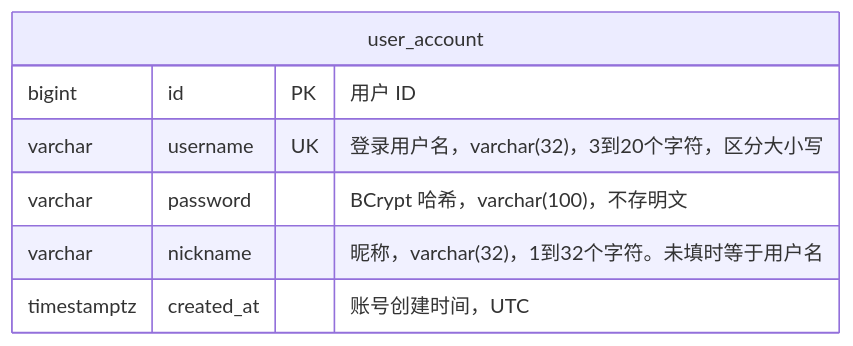
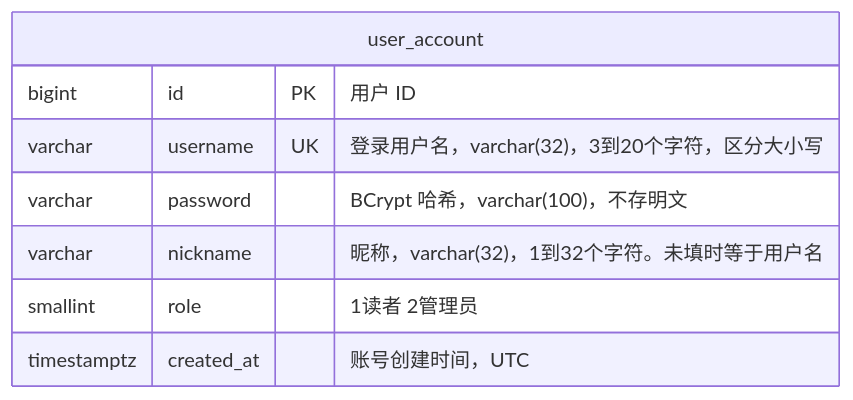
One commit to ChenWeida1/bookmall changed the first of 5 diagrams in docs/数据库设置.md. Above: the diagram before and after it, drawn with Mermaid. The commit also changed other lines of this file and 66 other files, not shown here.

````diff
--- a/docs/数据库设置.md
+++ b/docs/数据库设置.md
@@ -63,10 +68,11 @@
 ```mermaid
 erDiagram
     user_account {
         bigint id PK "用户 ID"
         varchar username UK "登录用户名，varchar(32)，3到20个字符，区分大小写"
         varchar password "BCrypt 哈希，varchar(100)，不存明文"
         varchar nickname "昵称，varchar(32)，1到32个字符。未填时等于用户名"
+        smallint role "1读者 2管理员"
         timestamptz created_at "账号创建时间，UTC"
     }
 ```
````
